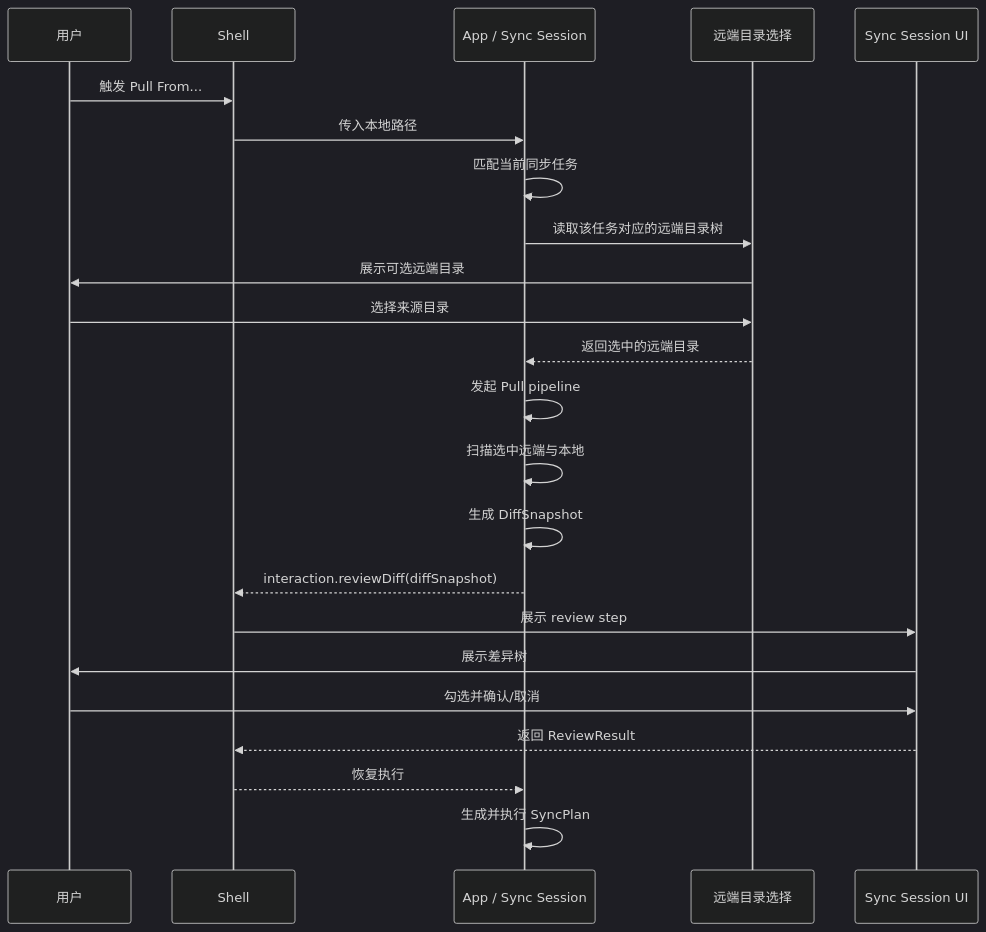
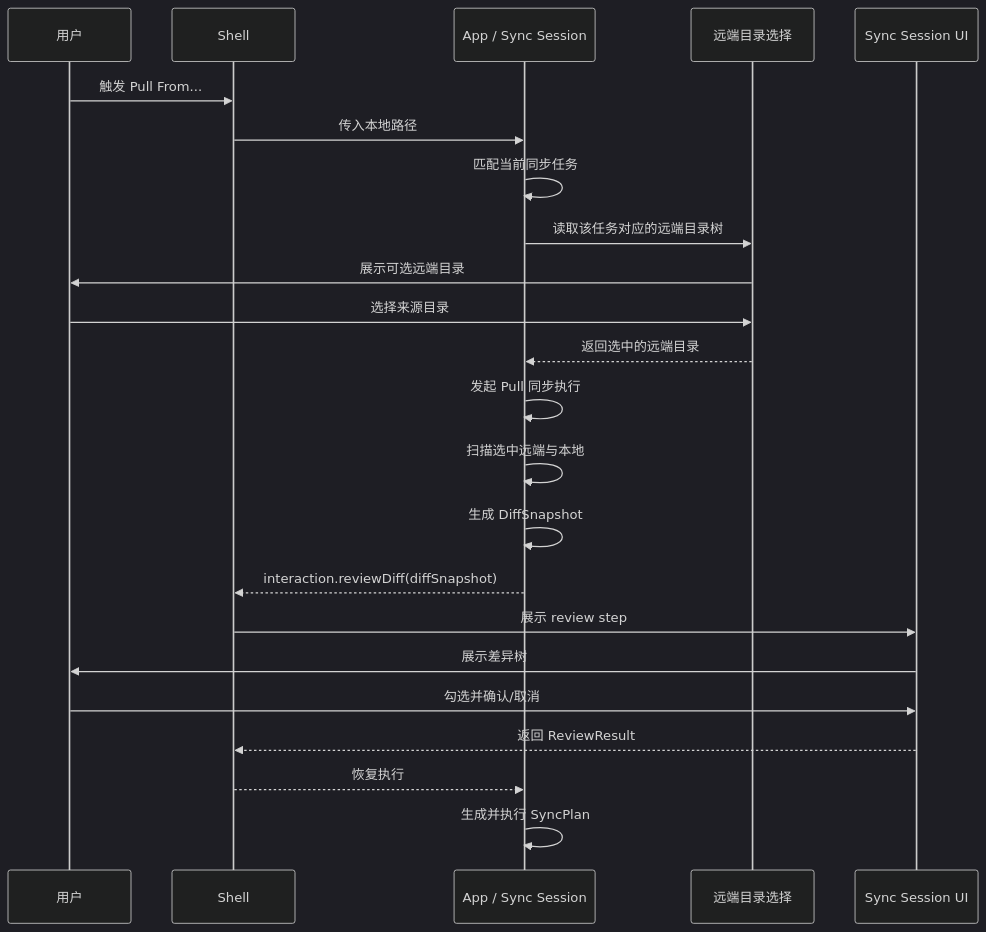
Before and after one commit to agalloch21/sync-with-rclone: the seventh of 15 diagrams in docs/Flows.md, drawn with Mermaid (dark theme). The commit also changed other lines of this file and 17 other files, not shown here.

````diff
--- a/docs/Flows.md
+++ b/docs/Flows.md
@@ -165,26 +167,26 @@
 ```mermaid
 sequenceDiagram
   participant U as 用户
   participant S as Shell
   participant A as App / Sync Session
   participant T as 远端目录选择
   participant W as Sync Session UI
 
   U->>S: 触发 Pull From...
   S->>A: 传入本地路径
   A->>A: 匹配当前同步任务
   A->>T: 读取该任务对应的远端目录树
   T->>U: 展示可选远端目录
   U->>T: 选择来源目录
   T-->>A: 返回选中的远端目录
-  A->>A: 发起 Pull pipeline
+  A->>A: 发起 Pull 同步执行
   A->>A: 扫描选中远端与本地
   A->>A: 生成 DiffSnapshot
   A-->>S: interaction.reviewDiff(diffSnapshot)
   S->>W: 展示 review step
   W->>U: 展示差异树
   U->>W: 勾选并确认/取消
   W-->>S: 返回 ReviewResult
   S-->>A: 恢复执行
   A->>A: 生成并执行 SyncPlan
 ```
````
